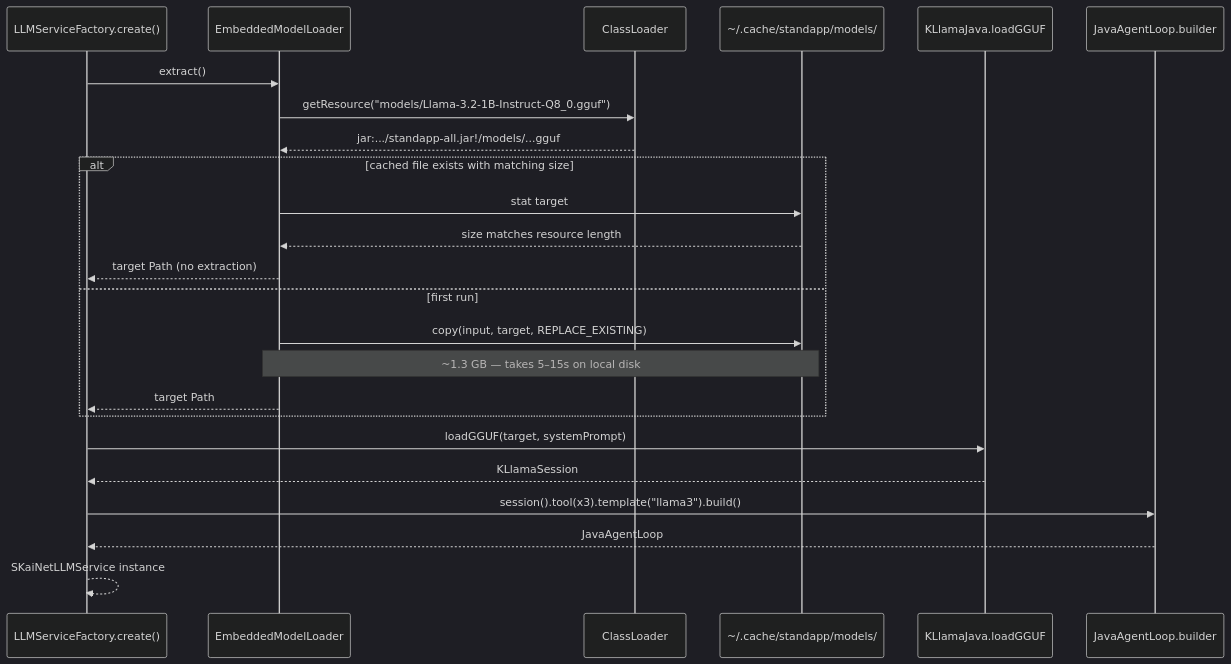
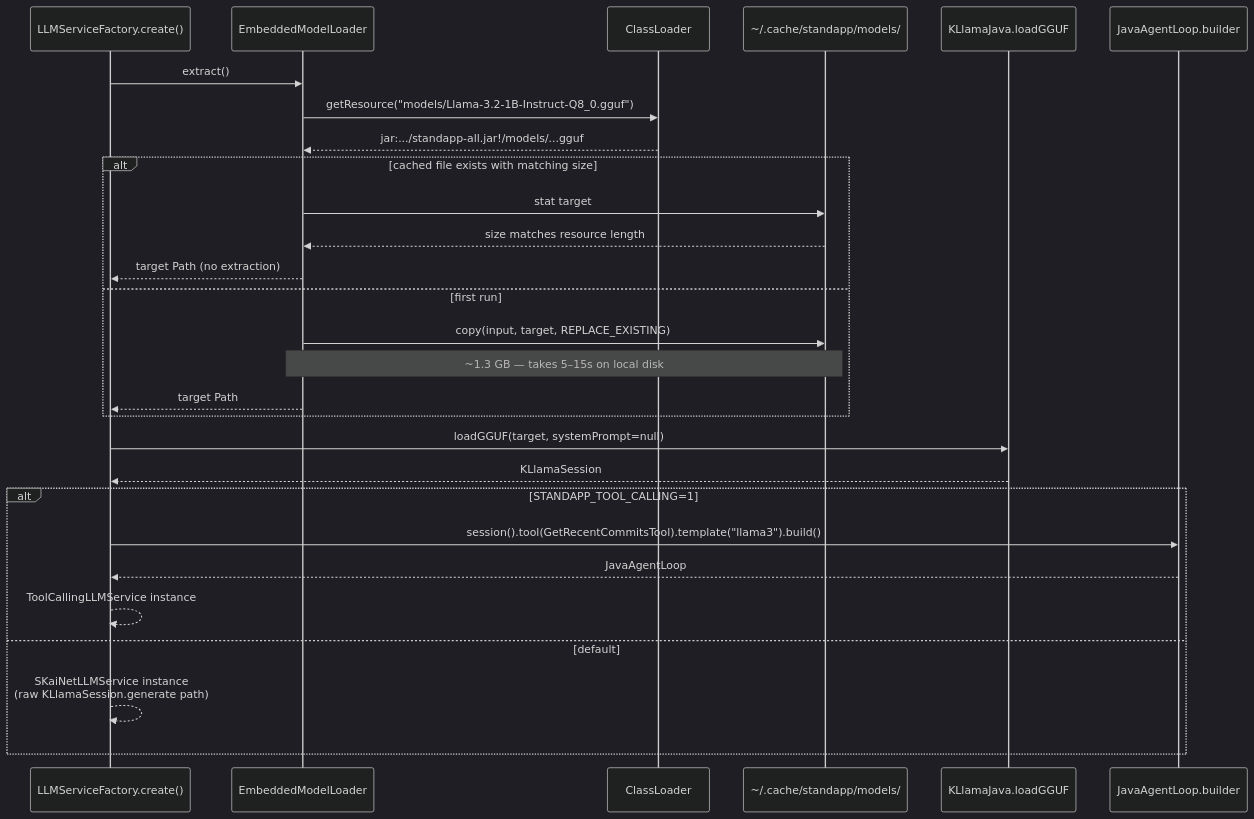
Before and after one commit to michalharakal/Daily-StandAPP: the third of 8 diagrams in docs/modules/architecture/pages/06-runtime-view.adoc, drawn with Mermaid (dark theme). The commit also changed other lines of this file and 32 other files, not shown here.

```diff
--- a/docs/modules/architecture/pages/06-runtime-view.adoc
+++ b/docs/modules/architecture/pages/06-runtime-view.adoc
@@ -101,30 +112,35 @@
 [mermaid]
 ----
 sequenceDiagram
     participant Factory as LLMServiceFactory.create()
     participant EML as EmbeddedModelLoader
     participant CL as ClassLoader
     participant FS as ~/.cache/standapp/models/
     participant KLlama as KLlamaJava.loadGGUF
     participant Builder as JavaAgentLoop.builder
 
     Factory->>EML: extract()
     EML->>CL: getResource("models/Llama-3.2-1B-Instruct-Q8_0.gguf")
     CL-->>EML: jar:.../standapp-all.jar!/models/...gguf
 
     alt cached file exists with matching size
         EML->>FS: stat target
         FS-->>EML: size matches resource length
         EML-->>Factory: target Path (no extraction)
     else first run
         EML->>FS: copy(input, target, REPLACE_EXISTING)
         Note over EML,FS: ~1.3 GB — takes 5–15s on local disk
         EML-->>Factory: target Path
     end
 
-    Factory->>KLlama: loadGGUF(target, systemPrompt)
+    Factory->>KLlama: loadGGUF(target, systemPrompt=null)
     KLlama-->>Factory: KLlamaSession
-    Factory->>Builder: session().tool(x3).template("llama3").build()
-    Builder-->>Factory: JavaAgentLoop
-    Factory-->>Factory: SKaiNetLLMService instance
+
+    alt STANDAPP_TOOL_CALLING=1
+        Factory->>Builder: session().tool(GetRecentCommitsTool).template("llama3").build()
+        Builder-->>Factory: JavaAgentLoop
+        Factory-->>Factory: ToolCallingLLMService instance
+    else default
+        Factory-->>Factory: SKaiNetLLMService instance<br/>(raw KLlamaSession.generate path)
+    end
 ----
```
